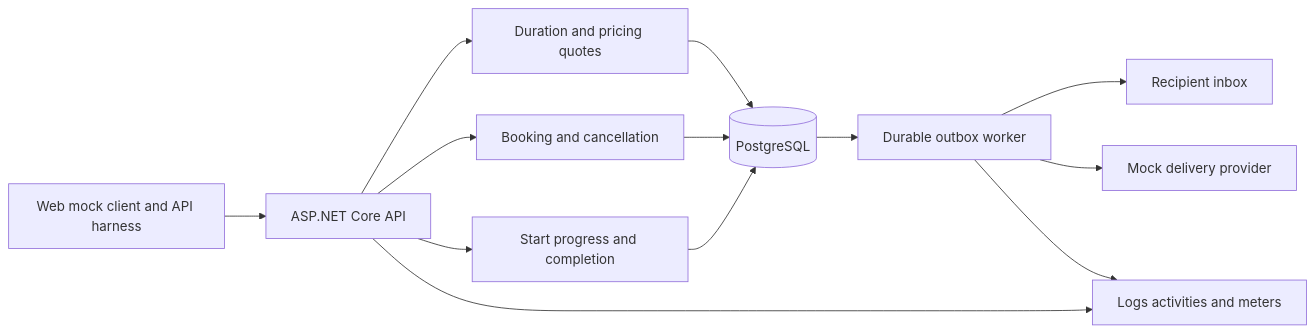
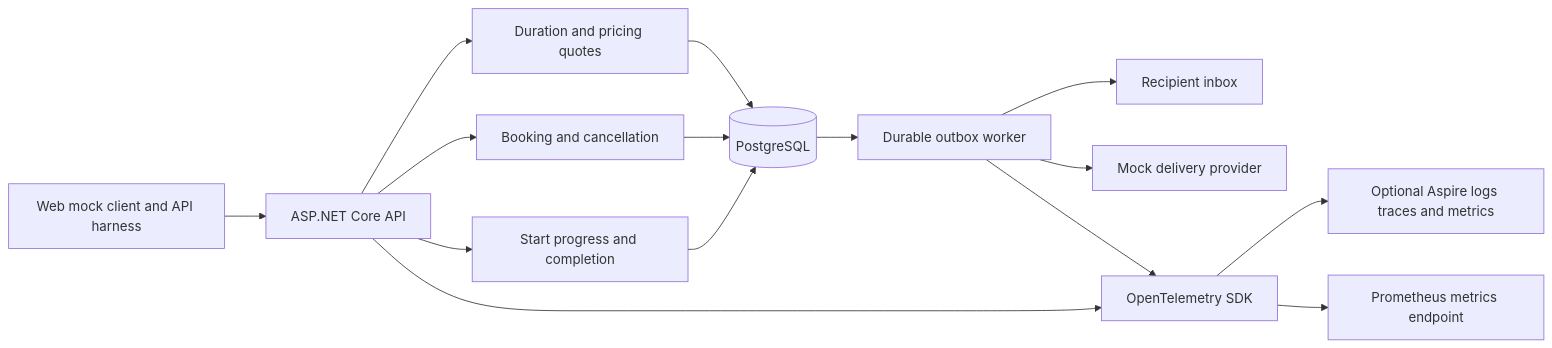
Before and after one commit to space29/appointment-scheduler: the first of 2 diagrams in docs/system-design.md, drawn with Mermaid. The commit also changed other lines of this file and 28 other files, not shown here.

````diff
--- a/docs/system-design.md
+++ b/docs/system-design.md
@@ -7,15 +7,17 @@
 ```mermaid
 flowchart LR
     Client[Web mock client and API harness] --> API[ASP.NET Core API]
     API --> Quotes[Duration and pricing quotes]
     API --> Booking[Booking and cancellation]
     API --> Operations[Start progress and completion]
     Quotes --> DB[(PostgreSQL)]
     Booking --> DB
     Operations --> DB
     DB --> Worker[Durable outbox worker]
     Worker --> Inbox[Recipient inbox]
     Worker --> Mock[Mock delivery provider]
-    API --> Telemetry[Logs activities and meters]
+    API --> Telemetry[OpenTelemetry SDK]
     Worker --> Telemetry
+    Telemetry --> Viewer[Optional Aspire logs traces and metrics]
+    Telemetry --> Metrics[Prometheus metrics endpoint]
 ```
````
